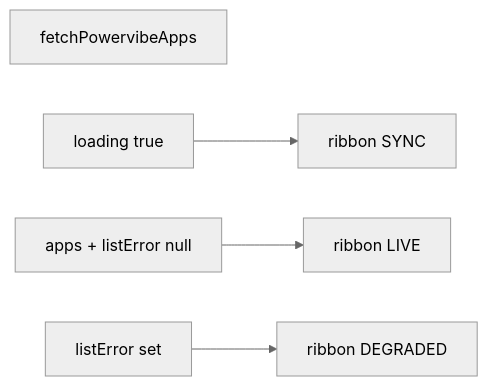
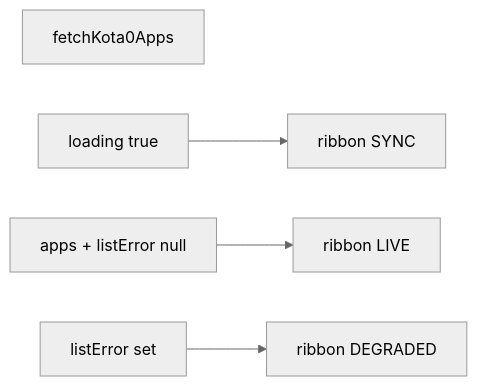
The diagram in .cursor/plans/home-command-center-charts.plan.md (thoughtpivot/kota0), drawn with Mermaid (neutral theme) before and after one commit. The commit also changed other lines of this file and 255 other files, not shown here.

````diff
--- a/.cursor/plans/home-command-center-charts.plan.md
+++ b/.cursor/plans/home-command-center-charts.plan.md
@@ -54,10 +54,10 @@
 ```mermaid
 flowchart LR
-  fetch[fetchPowervibeApps]
+  fetch[fetchKota0Apps]
   loading[loading true]
   ok[apps + listError null]
   err[listError set]
   loading --> ribbonSync[ribbon SYNC]
   ok --> ribbonLive[ribbon LIVE]
   err --> ribbonBad[ribbon DEGRADED]
 ```
````
